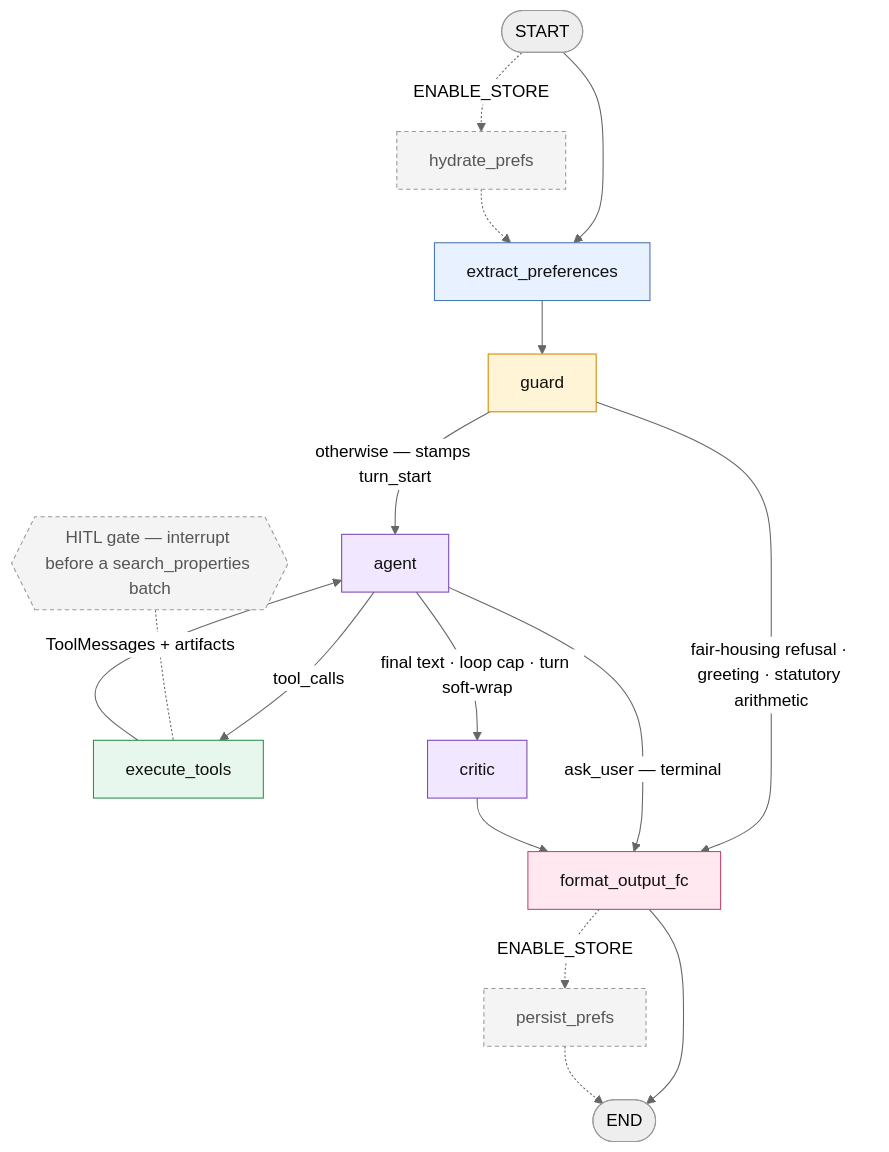
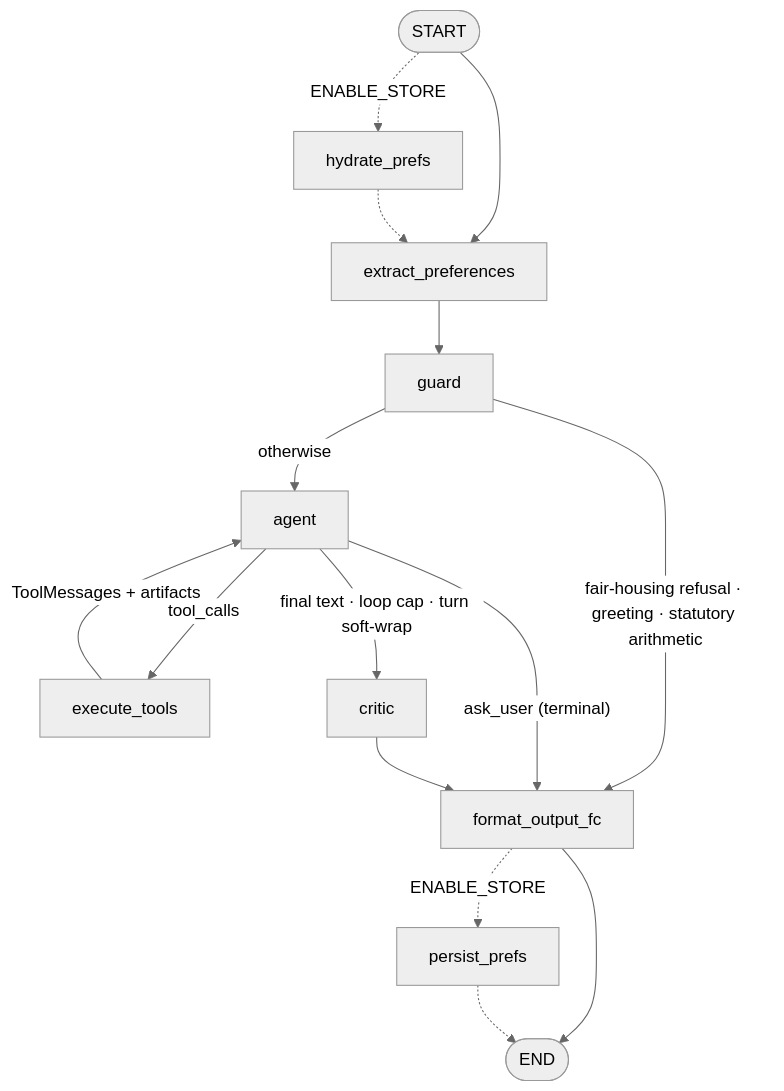
The diagram in README.md (shuhan-wang1/RentCompass), drawn with Mermaid (neutral theme) before and after one commit. The commit also changed other lines of this file and 17 other files, not shown here.

````diff
--- a/README.md
+++ b/README.md
@@ -412,36 +138,17 @@
 ```mermaid
 flowchart TD
     START([START]) -.->|ENABLE_STORE| HY[hydrate_prefs]
     START --> EP[extract_preferences]
     HY -.-> EP
     EP --> GU[guard]
-
     GU -->|"fair-housing refusal · greeting · statutory arithmetic"| FO[format_output_fc]
-    GU -->|"otherwise — stamps turn_start"| AG[agent]
-
+    GU -->|otherwise| AG[agent]
     AG -->|tool_calls| EX[execute_tools]
     EX -->|ToolMessages + artifacts| AG
     AG -->|"final text · loop cap · turn soft-wrap"| CR[critic]
-    AG -->|"ask_user — terminal"| FO
+    AG -->|"ask_user (terminal)"| FO
     CR --> FO
     FO --> END([END])
     FO -.->|ENABLE_STORE| PP[persist_prefs]
     PP -.-> END
-
-    HI{{"HITL gate — interrupt before a search_properties batch"}}
-    HI -.- EX
-
-    classDef parse fill:#e8f1ff,stroke:#4c78a8,color:#111;
-    classDef route fill:#fff4d6,stroke:#d28b00,color:#111;
-    classDef tool fill:#e8f7ed,stroke:#2f8f4e,color:#111;
-    classDef llm fill:#f1e8ff,stroke:#7b4bb3,color:#111;
-    classDef output fill:#ffe8ef,stroke:#c7476b,color:#111;
-    classDef opt fill:#f4f4f4,stroke:#999,color:#555,stroke-dasharray:4 3;
-
-    class EP parse;
-    class GU route;
-    class EX tool;
-    class AG,CR llm;
-    class FO output;
-    class HY,PP,HI opt;
 ```
````
